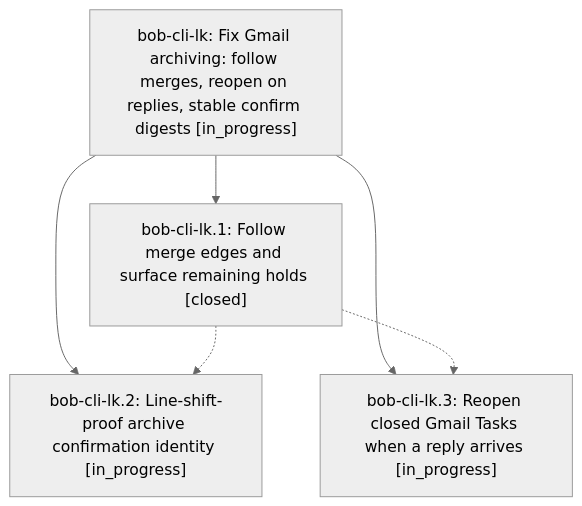
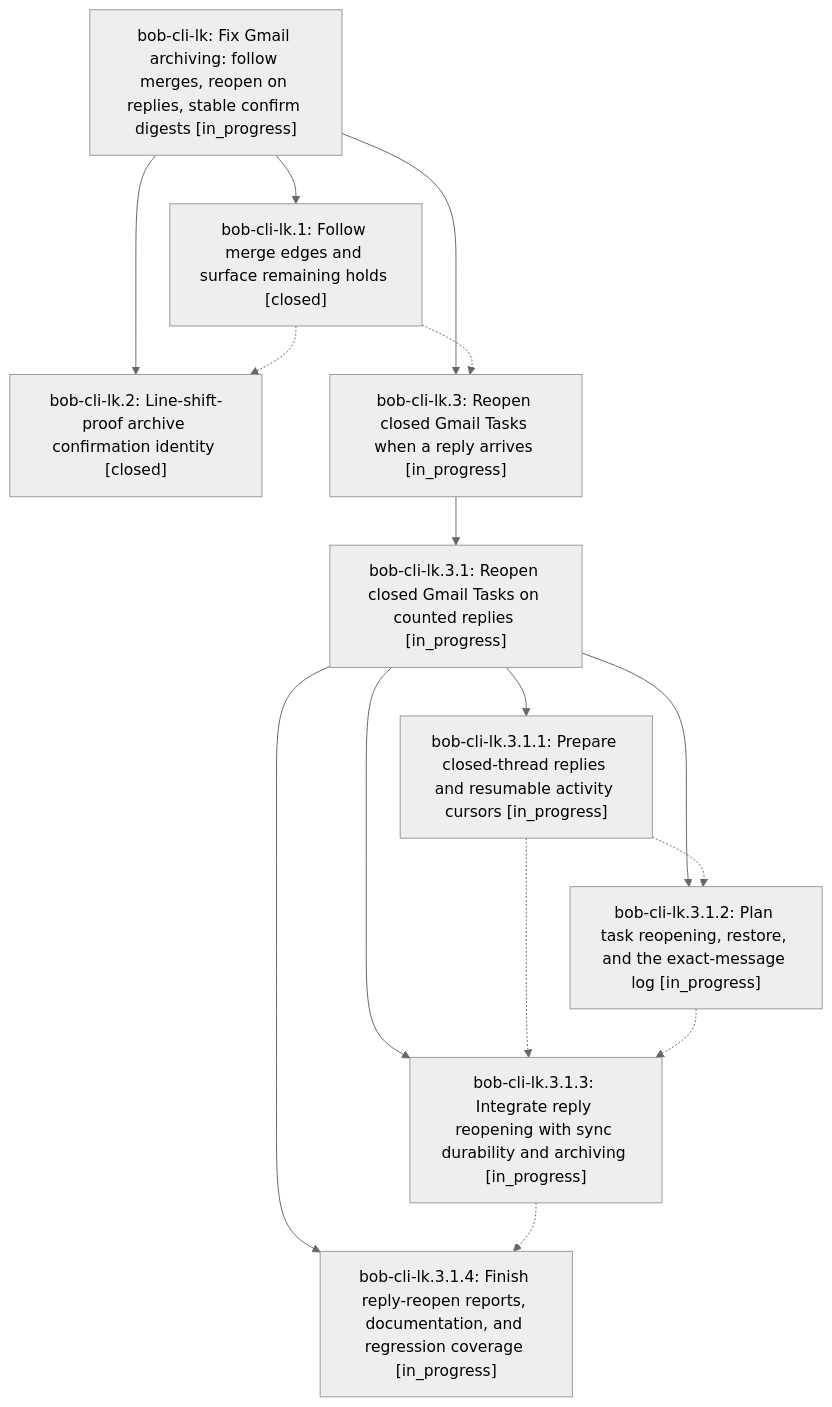
Before and after one commit to bobs-org/bob-cli--beads: the diagram in pages/bob-cli-lk/README.md, drawn with Mermaid (neutral theme). The commit also changed other lines of this file and 8 other files, not shown here.

First line of the commit message:
chore(beads): sync bead state and pages for bob-cli-lk

````diff
--- a/pages/bob-cli-lk/README.md
+++ b/pages/bob-cli-lk/README.md
@@ -36,12 +36,26 @@
 ```mermaid
 flowchart TD
     n0["bob-cli-lk: Fix Gmail archiving: follow merges, reopen on replies, stable confirm digests [in_progress]"]
     n1["bob-cli-lk.1: Follow merge edges and surface remaining holds [closed]"]
-    n2["bob-cli-lk.2: Line-shift-proof archive confirmation identity [in_progress]"]
+    n2["bob-cli-lk.2: Line-shift-proof archive confirmation identity [closed]"]
     n3["bob-cli-lk.3: Reopen closed Gmail Tasks when a reply arrives [in_progress]"]
+    n4["bob-cli-lk.3.1: Reopen closed Gmail Tasks on counted replies [in_progress]"]
+    n5["bob-cli-lk.3.1.1: Prepare closed-thread replies and resumable activity cursors [in_progress]"]
+    n6["bob-cli-lk.3.1.2: Plan task reopening, restore, and the exact-message log [in_progress]"]
+    n7["bob-cli-lk.3.1.3: Integrate reply reopening with sync durability and archiving [in_progress]"]
+    n8["bob-cli-lk.3.1.4: Finish reply-reopen reports, documentation, and regression coverage [in_progress]"]
     n0 --> n1
     n0 --> n2
     n0 --> n3
+    n3 --> n4
+    n4 --> n5
+    n4 --> n6
+    n4 --> n7
+    n4 --> n8
     n1 -.-> n2
     n1 -.-> n3
+    n5 -.-> n6
+    n5 -.-> n7
+    n6 -.-> n7
+    n7 -.-> n8
 ```
````
